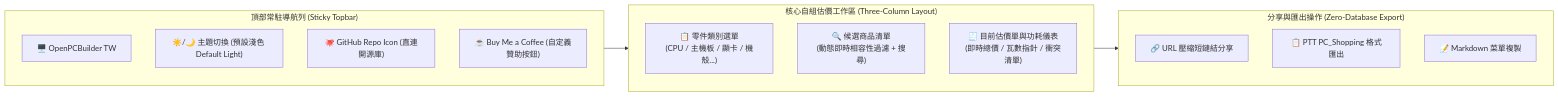
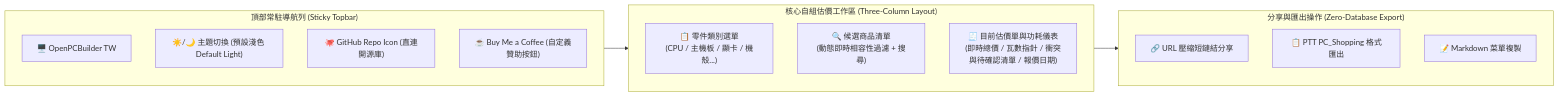
Before and after one commit to VaalRL/TW-bentocraft-dev: the diagram in 03-frontend-ux-and-zero-maintenance-deployment.md, drawn with Mermaid. The commit also changed other lines of this file and 9 other files, not shown here.

````diff
--- a/03-frontend-ux-and-zero-maintenance-deployment.md
+++ b/03-frontend-ux-and-zero-maintenance-deployment.md
@@ -9,23 +11,23 @@
 ```mermaid
 flowchart LR
     subgraph Header["頂部常駐導航列 (Sticky Topbar)"]
         Logo["🖥️ OpenPCBuilder TW"]
         ThemeToggle["☀️/🌙 主題切換 (預設淺色 Default Light)"]
         RepoBtn["🐙 GitHub Repo Icon (直連開源庫)"]
         CoffeeBtn["☕ Buy Me a Coffee (自定義贊助按鈕)"]
     end
 
     subgraph Workspace["核心自組估價工作區 (Three-Column Layout)"]
         Col1["📋 零件類別選單<br>(CPU / 主機板 / 顯卡 / 機殼...)"]
         Col2["🔍 候選商品清單<br>(動態即時相容性過濾 + 搜尋)"]
-        Col3["🧾 目前估價單與功耗儀表<br>(即時總價 / 瓦數指針 / 衝突清單)"]
+        Col3["🧾 目前估價單與功耗儀表<br>(即時總價 / 瓦數指針 / 衝突與待確認清單 / 報價日期)"]
     end
 
     subgraph Actions["分享與匯出操作 (Zero-Database Export)"]
         ShareURL["🔗 URL 壓縮短鏈結分享"]
         ExportPTT["📋 PTT PC_Shopping 格式匯出"]
         ExportMD["📝 Markdown 菜單複製"]
     end
 
     Header --> Workspace --> Actions
 ```
````
